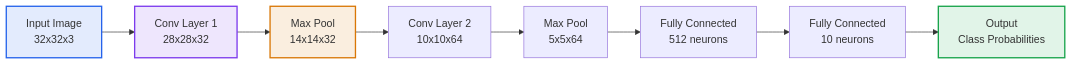
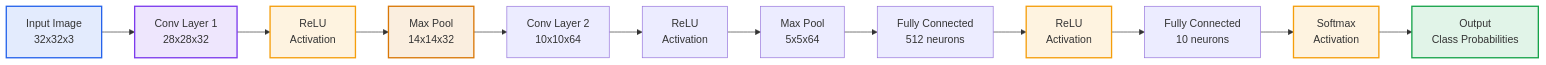
The first of 5 diagrams in 301.1-ml/summaries/convolutional_neural_networks.md (MadeInShineA/hei-course-summaries), drawn with Mermaid before and after one commit. The commit also changed other lines of this file and 6 other files, not shown here.

````diff
--- a/301.1-ml/summaries/convolutional_neural_networks.md
+++ b/301.1-ml/summaries/convolutional_neural_networks.md
@@ -79,15 +78,22 @@
 ```mermaid
 graph LR
     I[Input Image<br/>32x32x3] --> C1[Conv Layer 1<br/>28x28x32]
-    C1 --> P1[Max Pool<br/>14x14x32]
+    C1 --> A1[ReLU<br/>Activation]
+    A1 --> P1[Max Pool<br/>14x14x32]
     P1 --> C2[Conv Layer 2<br/>10x10x64]
-    C2 --> P2[Max Pool<br/>5x5x64]
+    C2 --> A2[ReLU<br/>Activation]
+    A2 --> P2[Max Pool<br/>5x5x64]
     P2 --> F1[Fully Connected<br/>512 neurons]
-    F1 --> F2[Fully Connected<br/>10 neurons]
-    F2 --> O[Output<br/>Class Probabilities]
+    F1 --> A3[ReLU<br/>Activation]
+    A3 --> F2[Fully Connected<br/>10 neurons]
+    F2 --> A4[Softmax<br/>Activation]
+    A4 --> O[Output<br/>Class Probabilities]
 
     style I fill:#2563eb20,stroke:#2563eb,stroke-width:2px
     style C1 fill:#7c3aed20,stroke:#7c3aed,stroke-width:2px
+    style A1 fill:#f59e0b20,stroke:#f59e0b,stroke-width:2px
+    style A3 fill:#f59e0b20,stroke:#f59e0b,stroke-width:2px
+    style A4 fill:#f59e0b20,stroke:#f59e0b,stroke-width:2px
     style P1 fill:#d9770620,stroke:#d97706,stroke-width:2px
     style O fill:#16a34a20,stroke:#16a34a,stroke-width:2px
 ```
````
